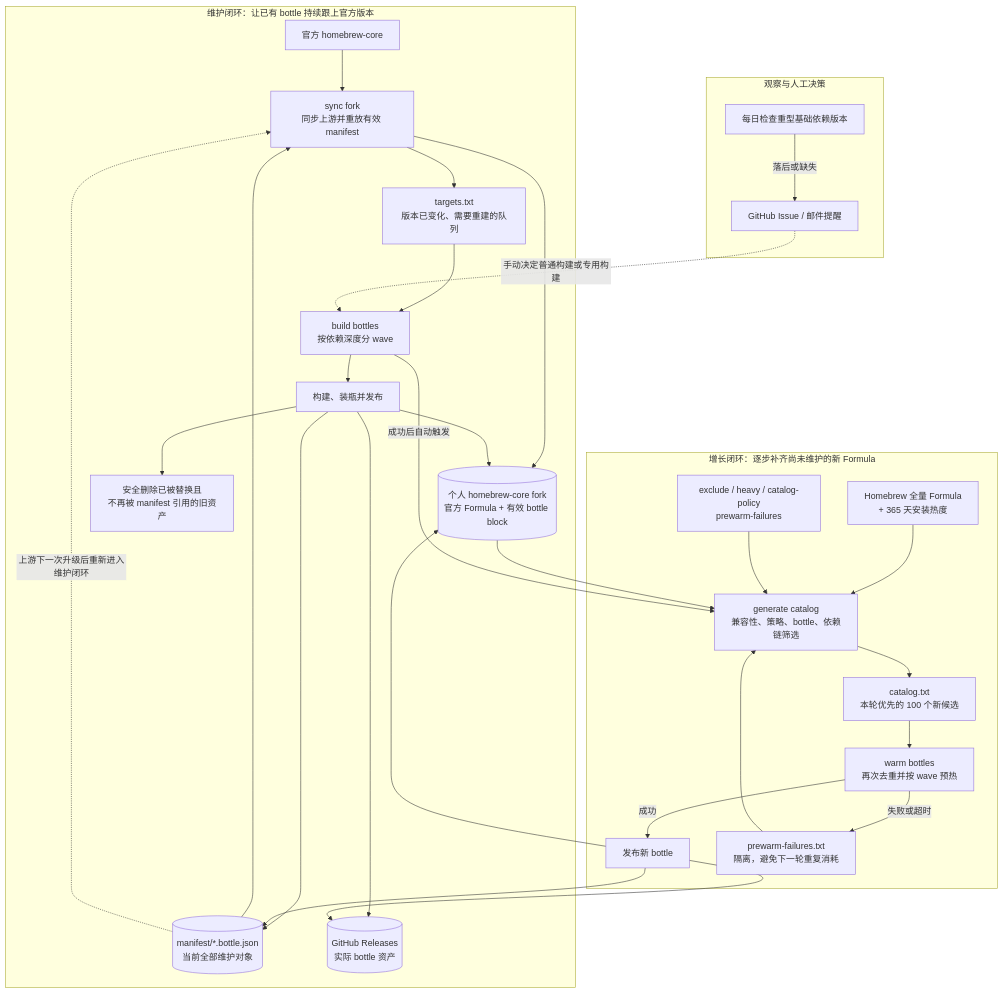
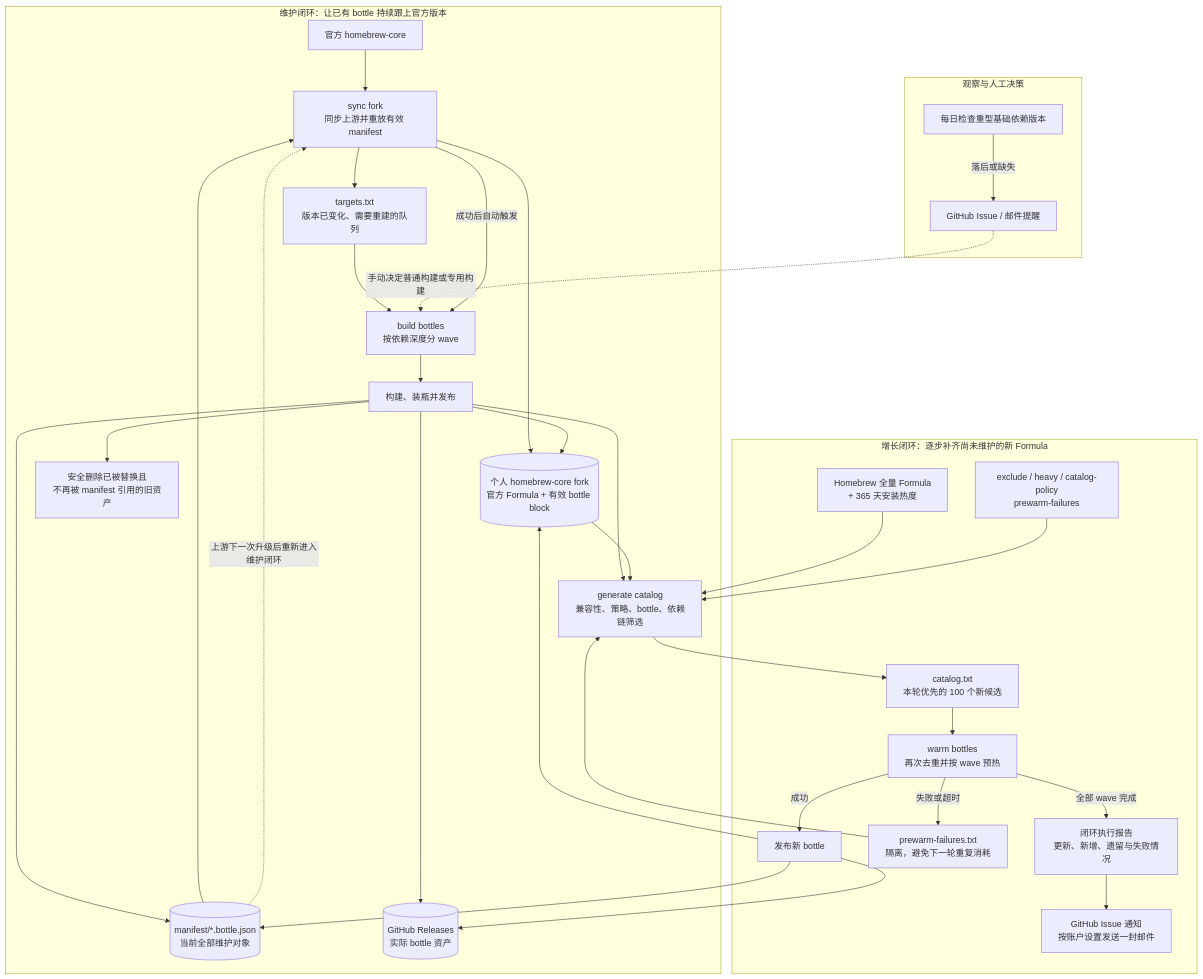
One commit to happyendingll/intel-bottles changed the diagram in README.md. Above: the diagram before and after it, drawn with Mermaid. The commit also changed other lines of this file and 8 other files, not shown here.

````diff
--- a/README.md
+++ b/README.md
@@ -21,37 +21,40 @@
 ```mermaid
 flowchart TB
   subgraph refresh["维护闭环：让已有 bottle 持续跟上官方版本"]
     U["官方 homebrew-core"] --> S["sync fork<br/>同步上游并重放有效 manifest"]
     M[("manifest/*.bottle.json<br/>当前全部维护对象")] --> S
     S --> F[("个人 homebrew-core fork<br/>官方 Formula + 有效 bottle block")]
     S --> T["targets.txt<br/>版本已变化、需要重建的队列"]
     T --> B["build bottles<br/>按依赖深度分 wave"]
     B --> P["构建、装瓶并发布"]
     P --> M
     P --> F
     P --> R[("GitHub Releases<br/>实际 bottle 资产")]
     P --> D["安全删除已被替换且<br/>不再被 manifest 引用的旧资产"]
+    P --> G
   end
 
   subgraph growth["增长闭环：逐步补齐尚未维护的新 Formula"]
     A["Homebrew 全量 Formula<br/>+ 365 天安装热度"] --> G["generate catalog<br/>兼容性、策略、bottle、依赖链筛选"]
     F --> G
     X["exclude / heavy / catalog-policy<br/>prewarm-failures"] --> G
     G --> C["catalog.txt<br/>本轮优先的 100 个新候选"]
     C --> W["warm bottles<br/>再次去重并按 wave 预热"]
     W -->|成功| WP["发布新 bottle"]
     WP --> M
     WP --> F
     WP --> R
     W -->|失败或超时| Q["prewarm-failures.txt<br/>隔离，避免下一轮重复消耗"]
     Q --> G
+    W -->|全部 wave 完成| E["闭环执行报告<br/>更新、新增、遗留与失败情况"]
+    E --> N["GitHub Issue 通知<br/>按账户设置发送一封邮件"]
   end
 
   subgraph observe["观察与人工决策"]
     H["每日检查重型基础依赖版本"] -->|落后或缺失| I["GitHub Issue / 邮件提醒"]
     I -. 手动决定普通构建或专用构建 .-> B
   end
 
   M -. 上游下一次升级后重新进入维护闭环 .-> S
-  B -->|成功后自动触发| G
+  S -->|成功后自动触发| B
 ```
````
